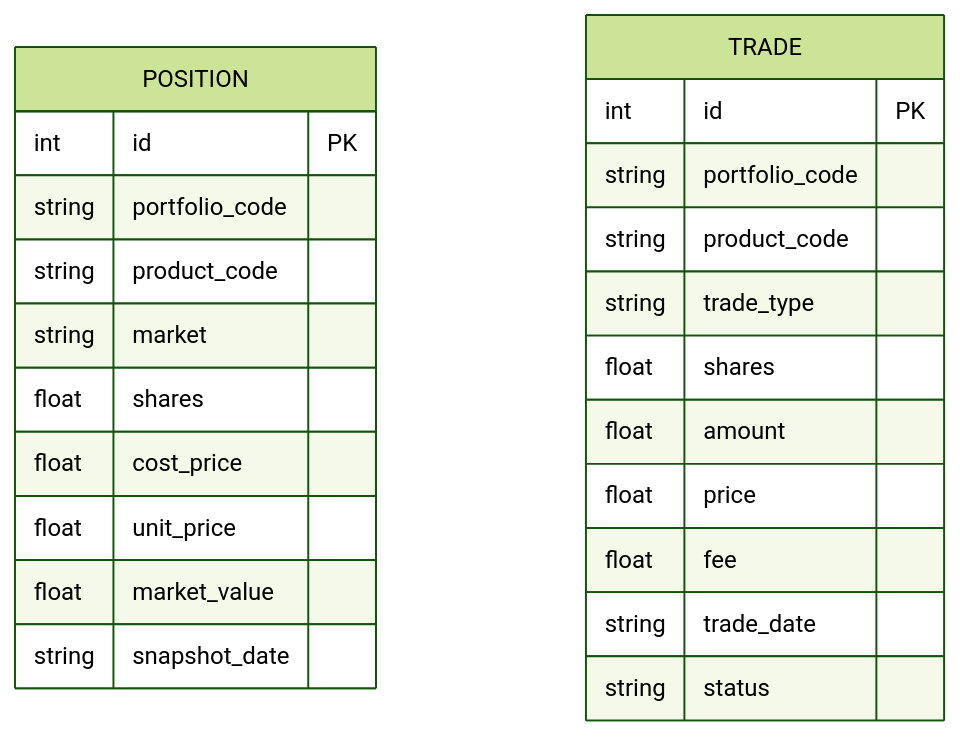
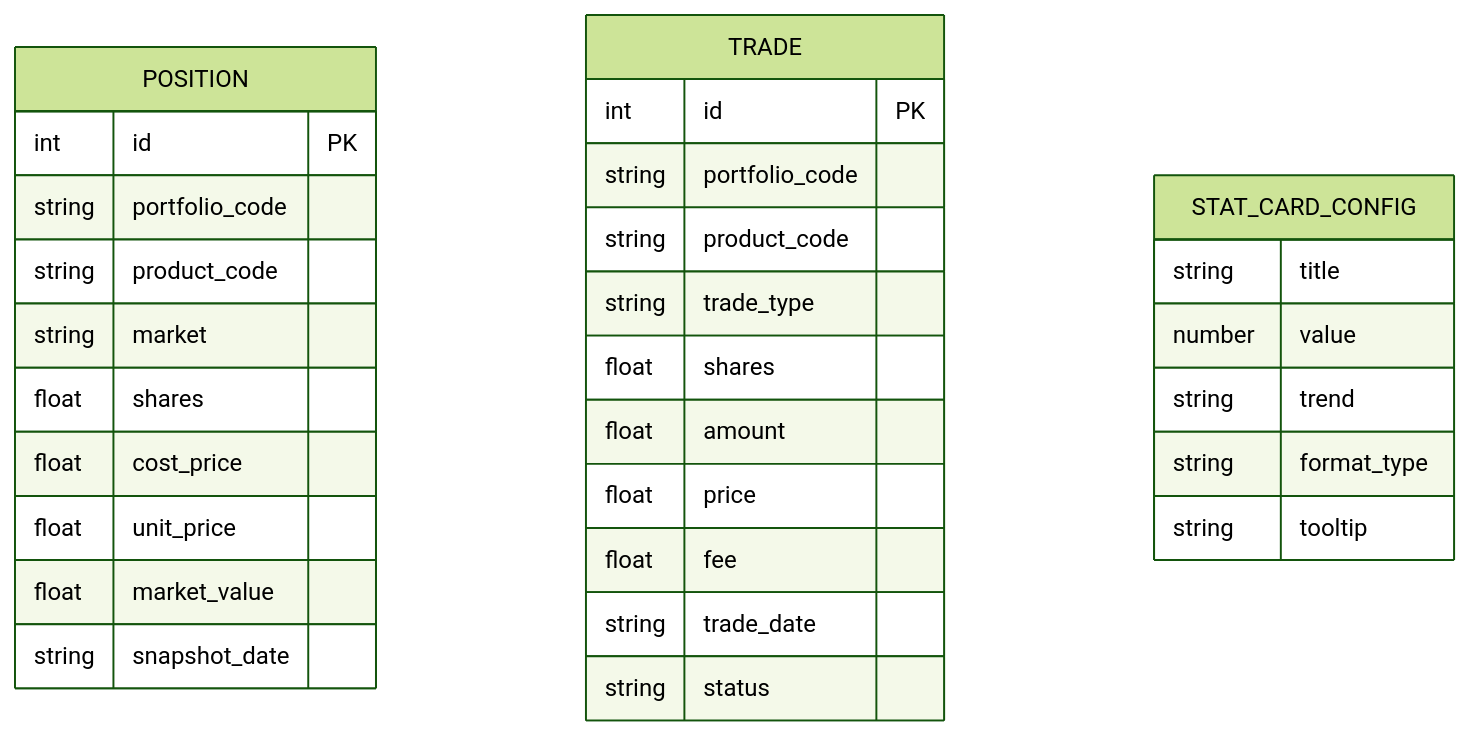
The tenth of 11 diagrams in .qoder/repowiki/zh/content/前端应用架构/组件系统架构/共享组件.md (gujialind/InvestRing), drawn with Mermaid (forest theme) before and after one commit. The commit also changed other lines of this file and 39 other files, not shown here.

````diff
--- a/.qoder/repowiki/zh/content/前端应用架构/组件系统架构/共享组件.md
+++ b/.qoder/repowiki/zh/content/前端应用架构/组件系统架构/共享组件.md
@@ -314,26 +450,33 @@
 ```mermaid
 erDiagram
 POSITION {
 int id PK
 string portfolio_code
 string product_code
 string market
 float shares
 float cost_price
 float unit_price
 float market_value
 string snapshot_date
 }
 TRADE {
 int id PK
 string portfolio_code
 string product_code
 string trade_type
 float shares
 float amount
 float price
 float fee
 string trade_date
 string status
 }
+STAT_CARD_CONFIG {
+string title
+number value
+string trend
+string format_type
+string tooltip
+}
 ```
````
